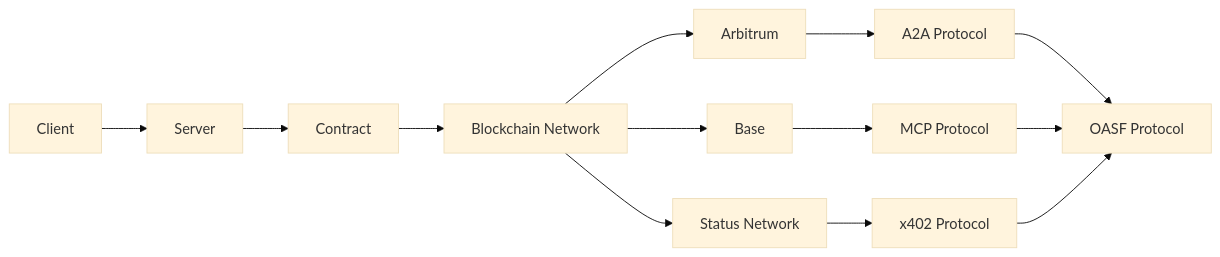
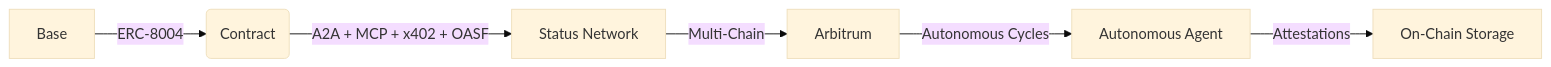
Before and after one commit to Cyberpaisa/deterministic-observability-framework: the diagram in README.md, drawn with Mermaid (base theme). The commit also changed other lines of this file and 3 other files, not shown here.

````diff
--- a/README.md
+++ b/README.md
@@ -20,15 +11,8 @@
 ```mermaid
 graph LR
-    A[Client] --> B[Server]
-    B --> C[Contract]
-    C --> D[Blockchain Network]
-    D --> E[Arbitrum]
-    D --> F[Base]
-    D --> G[Status Network]
-    E --> H[A2A Protocol]
-    F --> I[MCP Protocol]
-    G --> J[x402 Protocol]
-    H --> K[OASF Protocol]
-    I --> K
-    J --> K
+    A[Base] -->| ERC-8004 |B(Contract)
+    B -->| A2A + MCP + x402 + OASF |C[Status Network]
+    C -->| Multi-Chain |D[Arbitrum]
+    D -->| Autonomous Cycles |E[Autonomous Agent]
+    E -->| Attestations |F[On-Chain Storage]
 ```
````
